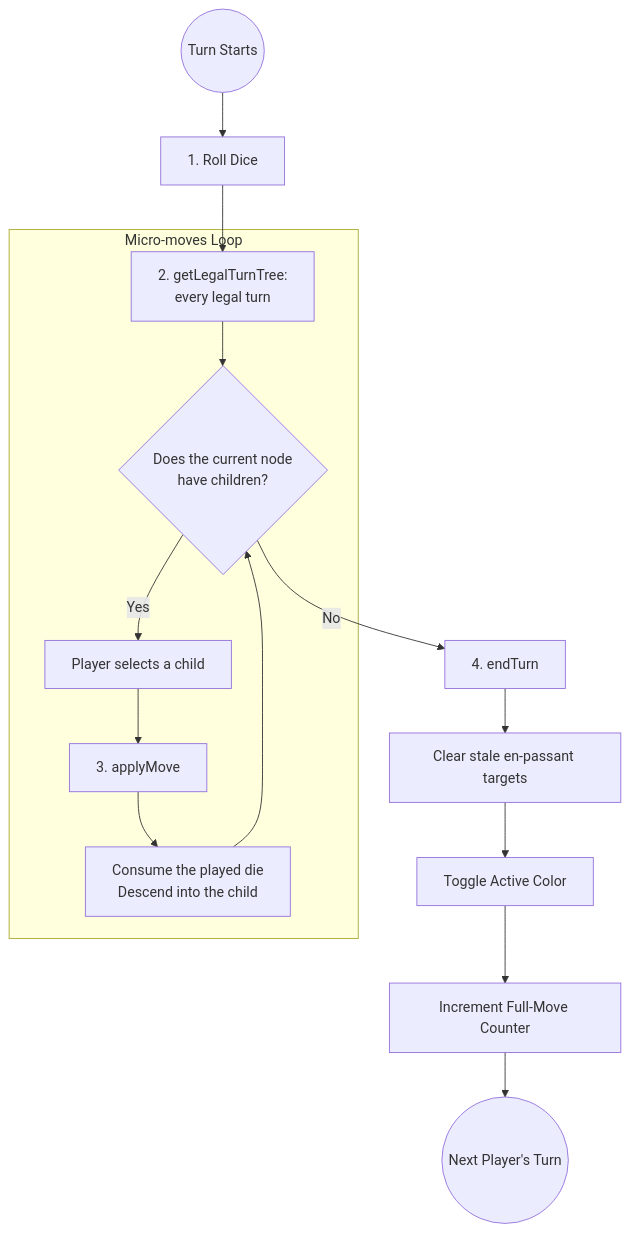
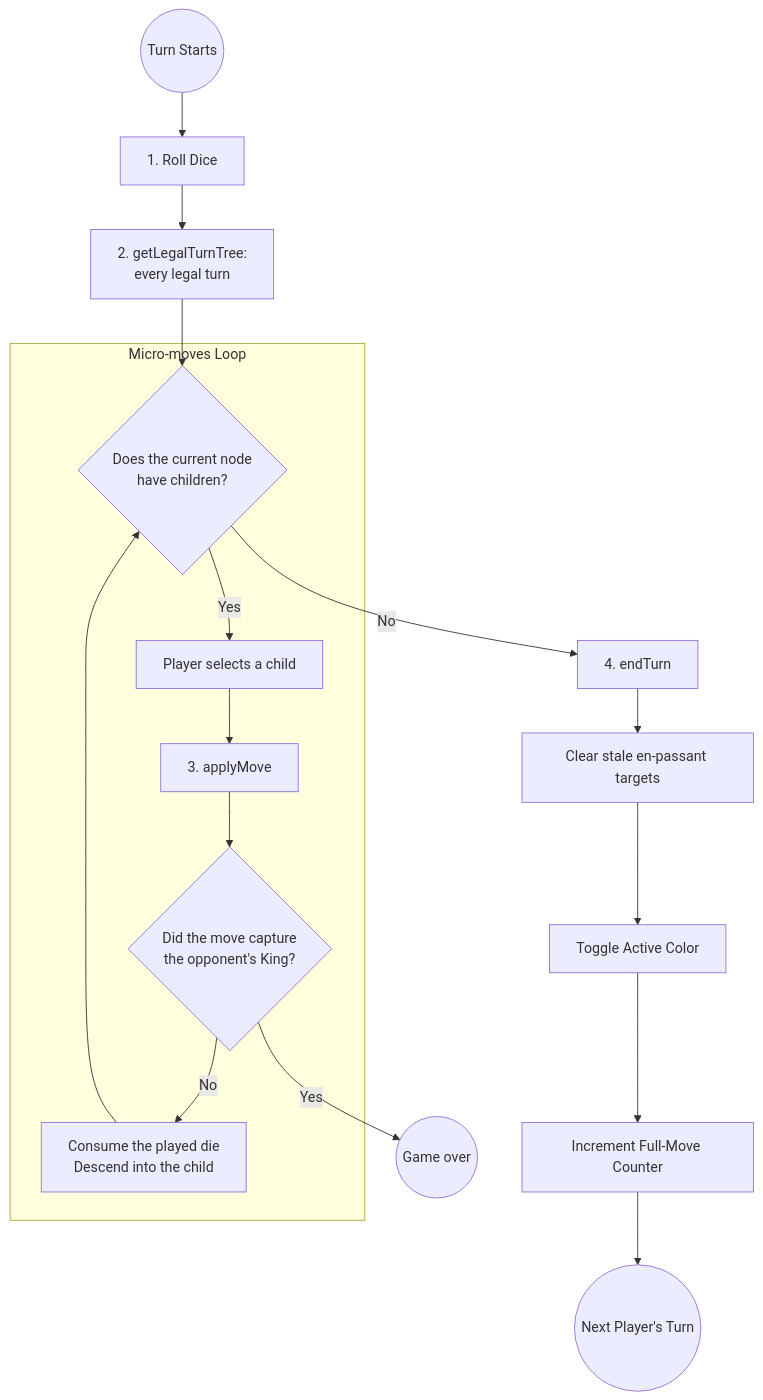
The diagram in docs/src/content/docs/architecture/turn-lifecycle.md (fortemate/dicechess-engine), drawn with Mermaid before and after one commit. The commit also changed other lines of this file and 3 other files, not shown here.

````diff
--- a/docs/src/content/docs/architecture/turn-lifecycle.md
+++ b/docs/src/content/docs/architecture/turn-lifecycle.md
@@ -14,19 +14,22 @@
 ```mermaid
 graph TD
     Start((Turn Starts)) --> Roll[1. Roll Dice]
     Roll --> Gen[2. getLegalTurnTree:<br/>every legal turn]
 
     subgraph Micro-moves Loop
-        Gen --> Filter{Does the current node<br/>have children?}
+        Filter{Does the current node<br/>have children?}
         Filter -- Yes --> Select[Player selects a child]
         Select --> Apply[3. applyMove]
-        Apply --> UpdatePool[Consume the played die<br/>Descend into the child]
+        Apply --> KingTaken{Did the move capture<br/>the opponent's King?}
+        KingTaken -- No --> UpdatePool[Consume the played die<br/>Descend into the child]
         UpdatePool --> Filter
     end
 
+    Gen --> Filter
+    KingTaken -- Yes --> GameOver((Game over))
     Filter -- No --> End[4. endTurn]
     End --> Clear[Clear stale en-passant targets]
     Clear --> Toggle[Toggle Active Color]
     Toggle --> Increment[Increment Full-Move Counter]
     Increment --> Next((Next Player's Turn))
 ```
````
